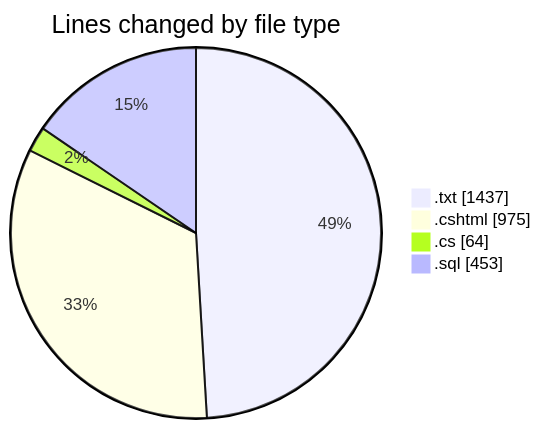
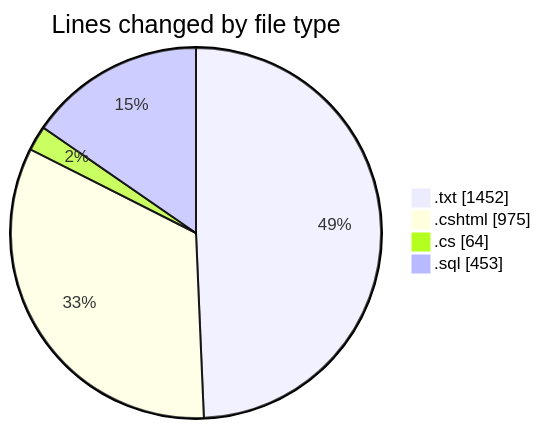
The first of 2 diagrams in 2025-07-25/quanlyrapchieuphim-1/README.md (lephambinh05/code-tracking), drawn with Mermaid before and after one commit. The commit also changed other lines of this file and 1 other file, not shown here.

````diff
--- a/2025-07-25/quanlyrapchieuphim-1/README.md
+++ b/2025-07-25/quanlyrapchieuphim-1/README.md
@@ -25,8 +25,8 @@
 ```mermaid
 pie showData
 title Lines changed by file type
-".txt" : 1437
+".txt" : 1452
 ".cshtml" : 975
 ".cs" : 64
 ".sql" : 453
 ```
````
